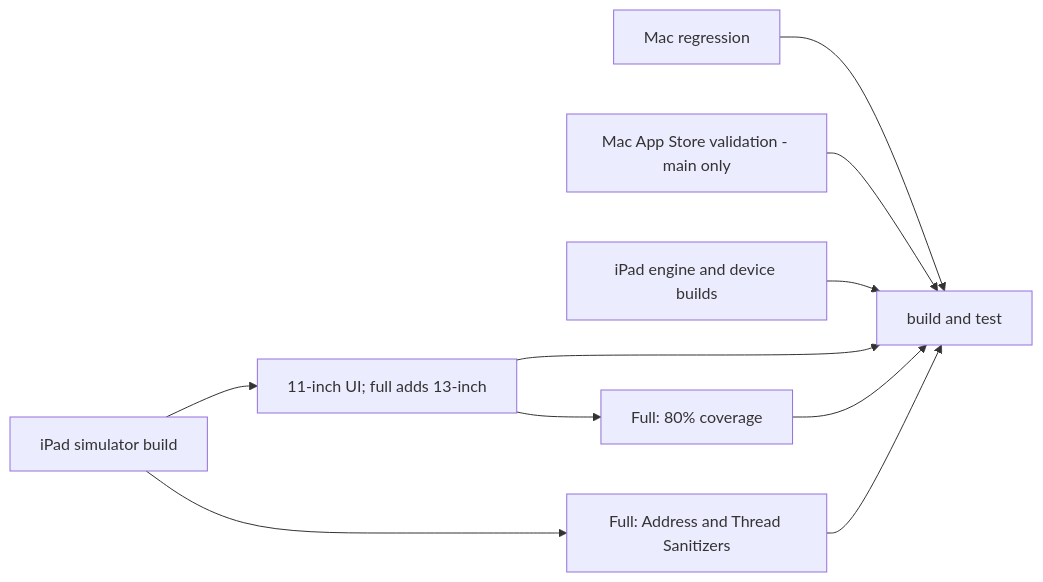
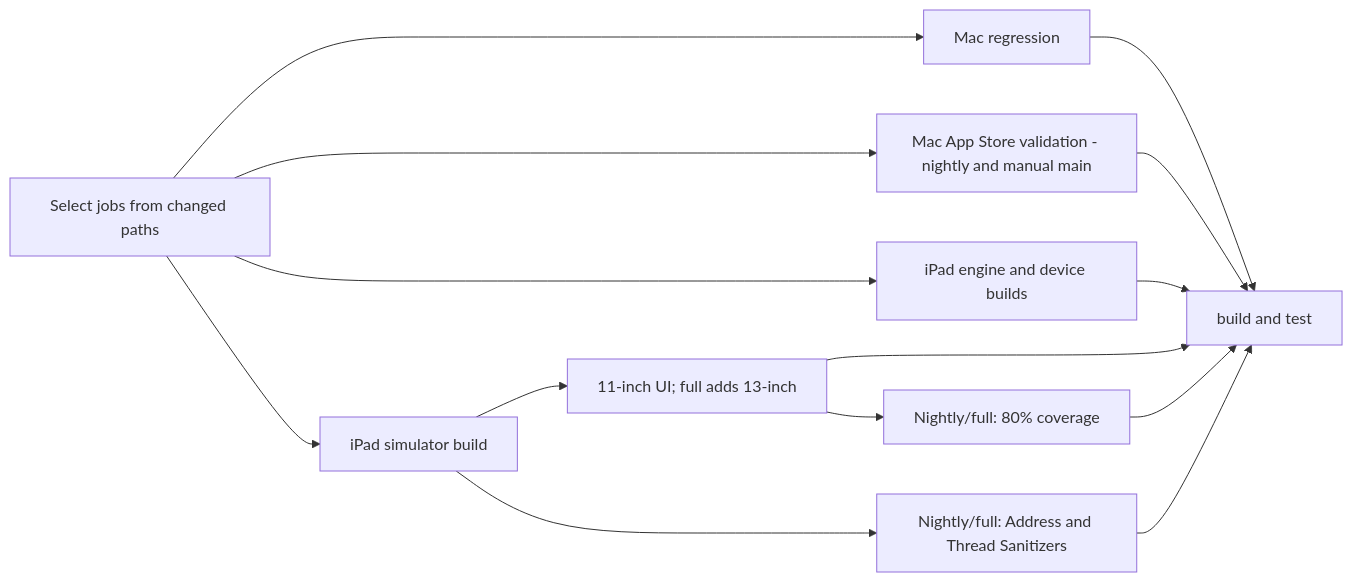
Before and after one commit to leftblank-app/leftblank: the diagram in docs/ipad.md, drawn with Mermaid. The commit also changed other lines of this file and 9 other files, not shown here.

First line of the commit message:
Run release checks and Preview nightly; select CI jobs by changed paths (#79)

````diff
--- a/docs/ipad.md
+++ b/docs/ipad.md
@@ -156,9 +164,10 @@
 ```mermaid
 flowchart LR
+    changes[Select jobs from changed paths] --> mac & store & checks & build
     mac[Mac regression] --> gate[build and test]
-    store[Mac App Store validation - main only] --> gate
+    store[Mac App Store validation - nightly and manual main] --> gate
     checks[iPad engine and device builds] --> gate
     build[iPad simulator build] --> ui[11-inch UI; full adds 13-inch] --> gate
-    ui --> coverage[Full: 80% coverage] --> gate
-    build --> memory[Full: Address and Thread Sanitizers] --> gate
+    ui --> coverage[Nightly/full: 80% coverage] --> gate
+    build --> memory[Nightly/full: Address and Thread Sanitizers] --> gate
 ```
````
